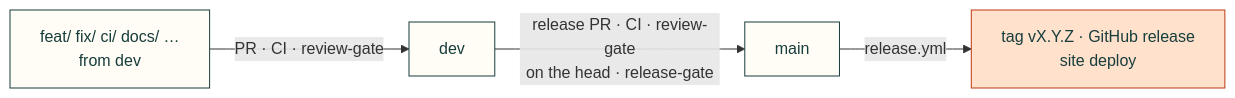
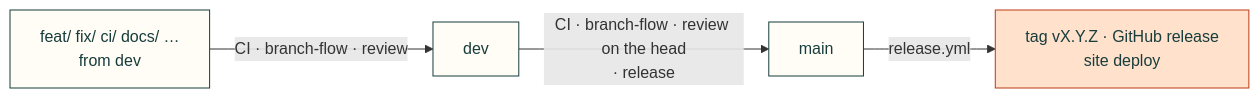
The diagram in CONTRIBUTING.md (Valpatel/cad-agent), drawn with Mermaid before and after one commit. The commit also changed other lines of this file and 9 other files, not shown here.

````diff
--- a/CONTRIBUTING.md
+++ b/CONTRIBUTING.md
@@ -21,10 +21,10 @@
 ```mermaid
 flowchart LR
-    F["feat/ fix/ ci/ docs/ …<br/>from dev"] -->|"PR · CI · review-gate"| D["dev"]
-    D -->|"release PR · CI · review-gate<br/>on the head · release-gate"| M["main"]
+    F["feat/ fix/ ci/ docs/ …<br/>from dev"] -->|"CI · branch-flow · review"| D["dev"]
+    D -->|"CI · branch-flow · review on the head<br/>· release"| M["main"]
     M -->|"release.yml"| R["tag vX.Y.Z · GitHub release<br/>site deploy"]
     classDef b fill:#fffdf5,stroke:#173d3c,color:#173d3c
     classDef r fill:#ffe1cc,stroke:#bd3a12,color:#173d3c
     class F,D,M b
     class R r
 ```
````
